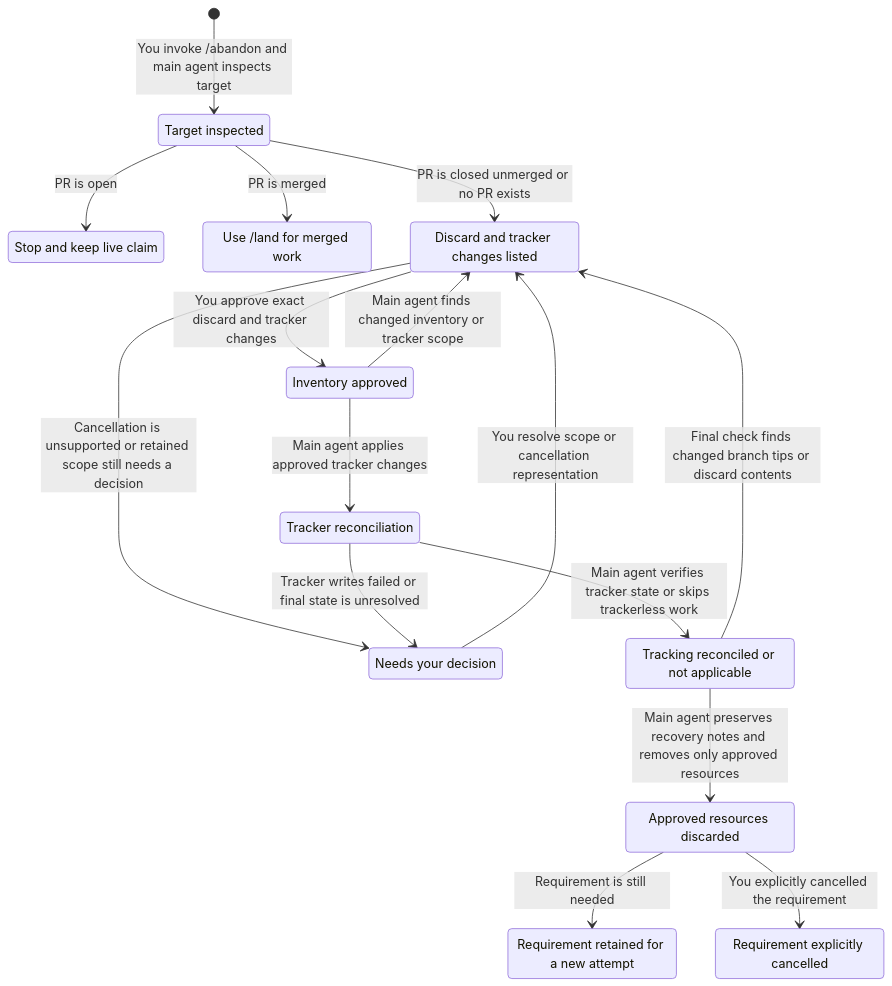
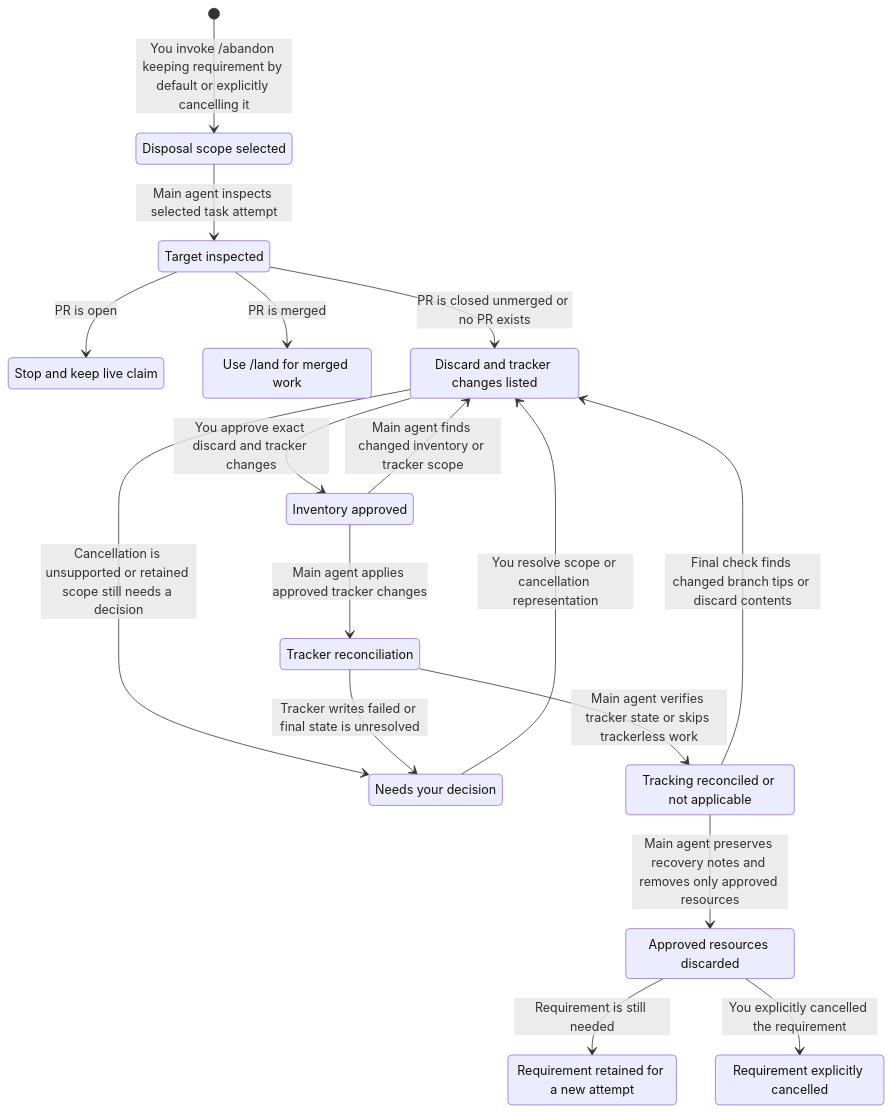
The third of 3 diagrams in docs/workflow.md (jvillegasd/harness), drawn with Mermaid before and after one commit. The commit also changed other lines of this file and 1 other file, not shown here.

Commit message:
refactor(abandon): select disposal scope first

````diff
--- a/docs/workflow.md
+++ b/docs/workflow.md
@@ -120,30 +120,32 @@
 ```mermaid
 stateDiagram-v2
+    state "Disposal scope selected" as Scope
     state "Target inspected" as Target
     state "Stop and keep live claim" as Open
     state "Use /land for merged work" as Merged
     state "Discard and tracker changes listed" as Inventory
     state "Needs your decision" as Waiting
     state "Inventory approved" as Approved
     state "Tracker reconciliation" as Reconciling
     state "Tracking reconciled or not applicable" as Reconciled
     state "Approved resources discarded" as Discarded
     state "Requirement retained for a new attempt" as Retry
     state "Requirement explicitly cancelled" as Cancelled
 
-    [*] --> Target: You invoke /abandon and main agent inspects target
+    [*] --> Scope: You invoke /abandon keeping requirement by default or explicitly cancelling it
+    Scope --> Target: Main agent inspects selected task attempt
     Target --> Open: PR is open
     Target --> Merged: PR is merged
     Target --> Inventory: PR is closed unmerged or no PR exists
     Inventory --> Waiting: Cancellation is unsupported or retained scope still needs a decision
     Waiting --> Inventory: You resolve scope or cancellation representation
     Inventory --> Approved: You approve exact discard and tracker changes
     Approved --> Inventory: Main agent finds changed inventory or tracker scope
     Approved --> Reconciling: Main agent applies approved tracker changes
     Reconciling --> Reconciled: Main agent verifies tracker state or skips trackerless work
     Reconciling --> Waiting: Tracker writes failed or final state is unresolved
     Reconciled --> Inventory: Final check finds changed branch tips or discard contents
     Reconciled --> Discarded: Main agent preserves recovery notes and removes only approved resources
     Discarded --> Retry: Requirement is still needed
     Discarded --> Cancelled: You explicitly cancelled the requirement
 ```
````
